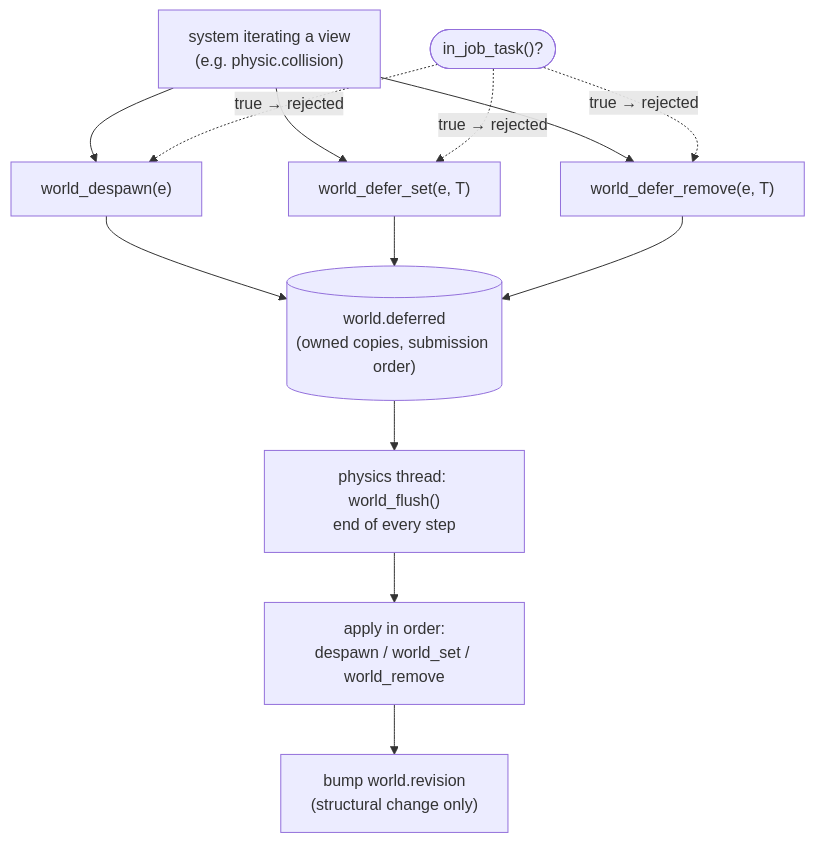
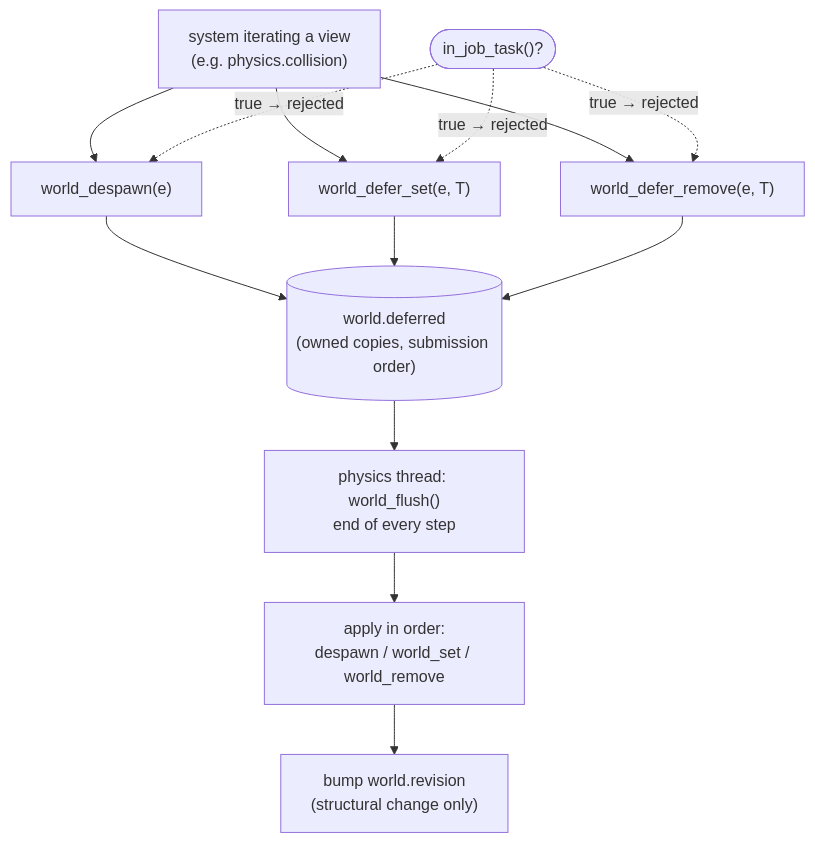
One commit to TanukiConDos/Gravity-Simulator changed the second of 5 diagrams in docs/ecs.md. Above: the diagram before and after it, drawn with Mermaid. The commit also changed other lines of this file and 115 other files, not shown here.

````diff
--- a/docs/ecs.md
+++ b/docs/ecs.md
@@ -101,15 +101,15 @@
 ```mermaid
 flowchart TD
-    sys["system iterating a view<br/>(e.g. physic.collision)"] --> despawn["world_despawn(e)"]
+    sys["system iterating a view<br/>(e.g. physics.collision)"] --> despawn["world_despawn(e)"]
     sys --> set["world_defer_set(e, T)"]
     sys --> rem["world_defer_remove(e, T)"]
     despawn --> q[("world.deferred<br/>(owned copies, submission order)")]
     set --> q
     rem --> q
     q --> flush["physics thread: world_flush()<br/>end of every step"]
     flush --> apply["apply in order:<br/>despawn / world_set / world_remove"]
     apply --> rev["bump world.revision<br/>(structural change only)"]
     guard(["in_job_task()?"]) -.->|"true → rejected"| despawn
     guard -.->|"true → rejected"| set
     guard -.->|"true → rejected"| rem
 ```
````
